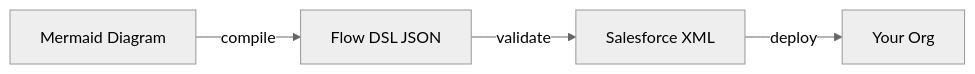
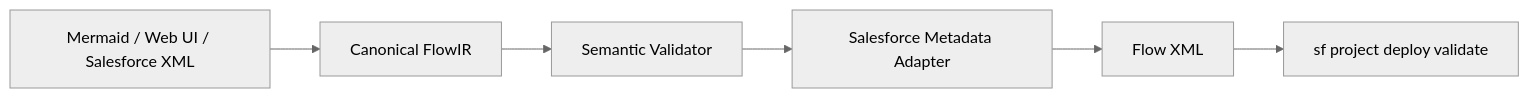
One commit to krukmat/Mermaid2SF changed the first of 3 diagrams in README.md. Above: the diagram before and after it, drawn with Mermaid (neutral theme). The commit also changed other lines of this file and 9 other files, not shown here.

````diff
--- a/README.md
+++ b/README.md
@@ -26,6 +17,8 @@
 ```mermaid
 flowchart LR
-    A[Mermaid Diagram] -->|compile| B[Flow DSL JSON]
-    B -->|validate| C[Salesforce XML]
-    C -->|deploy| D[Your Org]
+    A[Mermaid / Web UI / Salesforce XML] --> B[Canonical FlowIR]
+    B --> C[Semantic Validator]
+    C --> D[Salesforce Metadata Adapter]
+    D --> E[Flow XML]
+    E --> F[sf project deploy validate]
 ```
````
